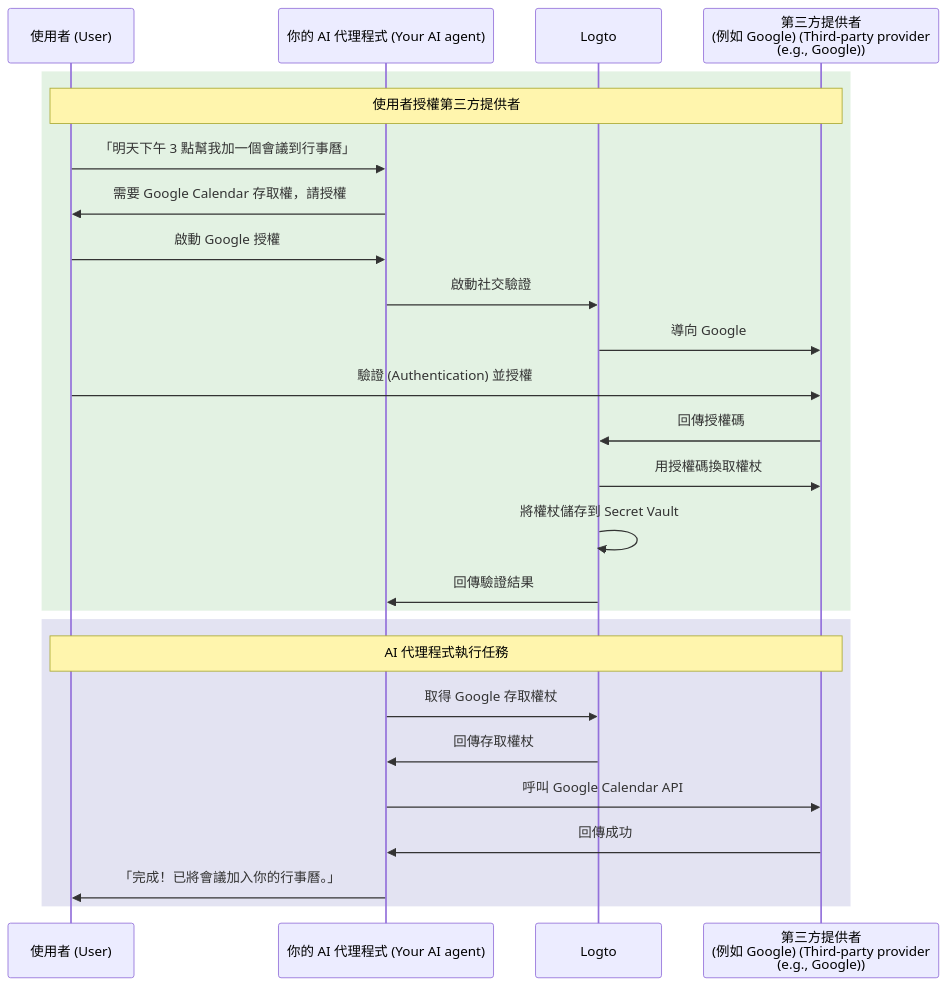
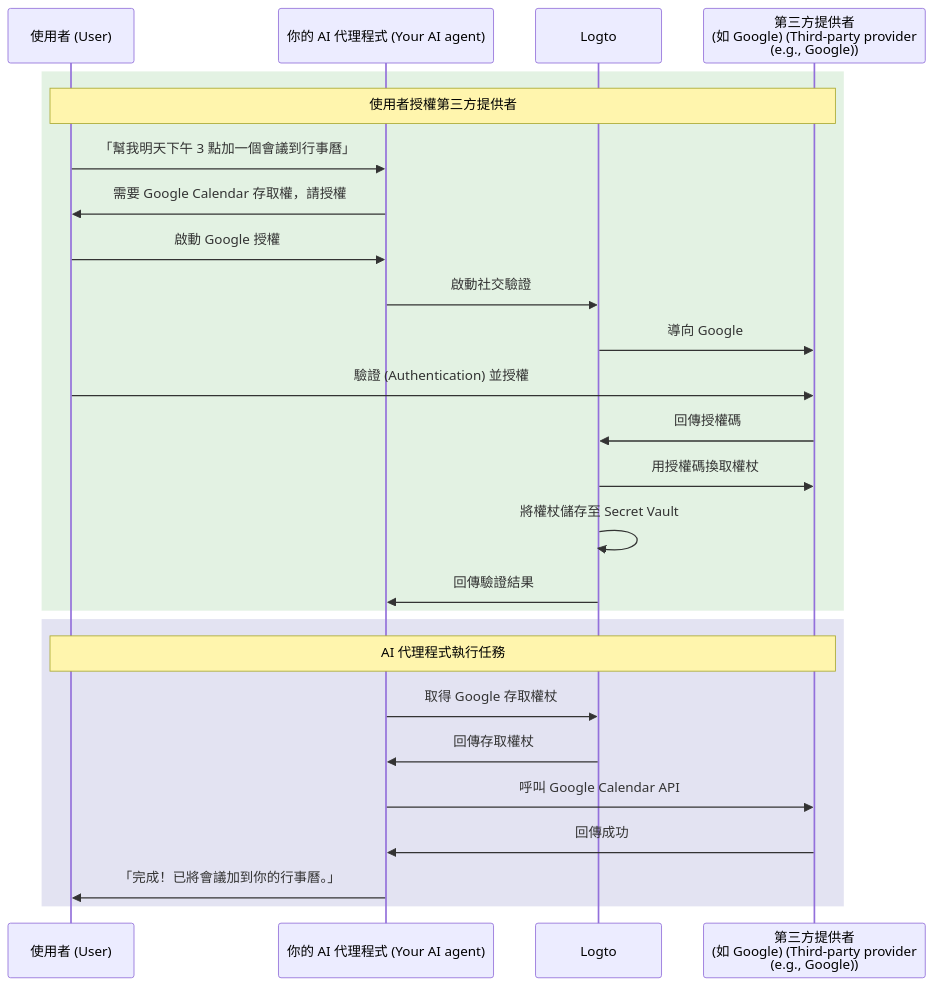
Before and after one commit to logto-io/docs: the diagram in i18n/zh-TW/docusaurus-plugin-content-docs/current/use-cases/ai/connect-your-agent-to-third-party-apis.mdx, drawn with Mermaid. The commit also changed other lines of this file and 666 other files, not shown here.

````diff
--- a/i18n/zh-TW/docusaurus-plugin-content-docs/current/use-cases/ai/connect-your-agent-to-third-party-apis.mdx
+++ b/i18n/zh-TW/docusaurus-plugin-content-docs/current/use-cases/ai/connect-your-agent-to-third-party-apis.mdx
@@ -32,30 +32,30 @@
 ```mermaid
 sequenceDiagram
     participant User as 使用者 (User)
     participant Agent as 你的 AI 代理程式 (Your AI agent)
     participant Logto
-    participant Google as 第三方提供者<br/>(例如 Google) (Third-party provider<br/>(e.g., Google))
+    participant Google as 第三方提供者<br/>(如 Google) (Third-party provider<br/>(e.g., Google))
 
     rect rgba(200, 230, 200, 0.5)
         Note over User, Google: 使用者授權第三方提供者
-        User->>Agent: 「明天下午 3 點幫我加一個會議到行事曆」
+        User->>Agent: 「幫我明天下午 3 點加一個會議到行事曆」
         Agent->>User: 需要 Google Calendar 存取權，請授權
         User->>Agent: 啟動 Google 授權
         Agent->>Logto: 啟動社交驗證
         Logto->>Google: 導向 Google
         User->>Google: 驗證 (Authentication) 並授權
         Google->>Logto: 回傳授權碼
         Logto->>Google: 用授權碼換取權杖
-        Logto->>Logto: 將權杖儲存到 Secret Vault
+        Logto->>Logto: 將權杖儲存至 Secret Vault
         Logto->>Agent: 回傳驗證結果
     end
 
     rect rgba(200, 200, 230, 0.5)
         Note over User, Google: AI 代理程式執行任務
         Agent->>Logto: 取得 Google 存取權杖
         Logto->>Agent: 回傳存取權杖
         Agent->>Google: 呼叫 Google Calendar API
         Google->>Agent: 回傳成功
-        Agent->>User: 「完成！已將會議加入你的行事曆。」
+        Agent->>User: 「完成！已將會議加到你的行事曆。」
     end
 ```
````
